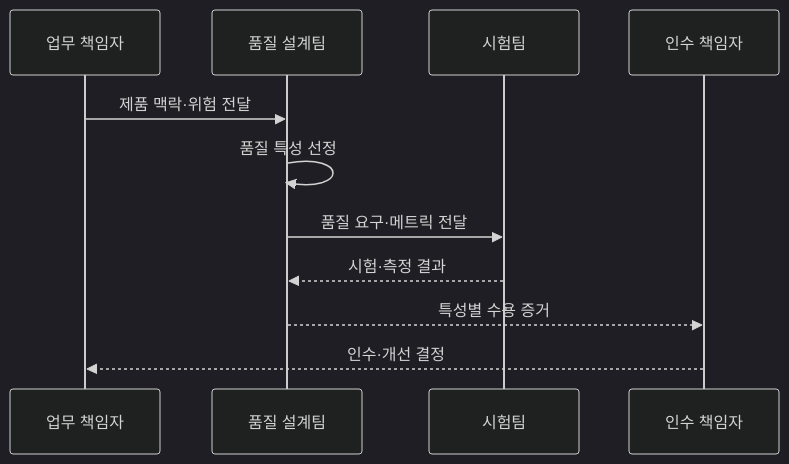
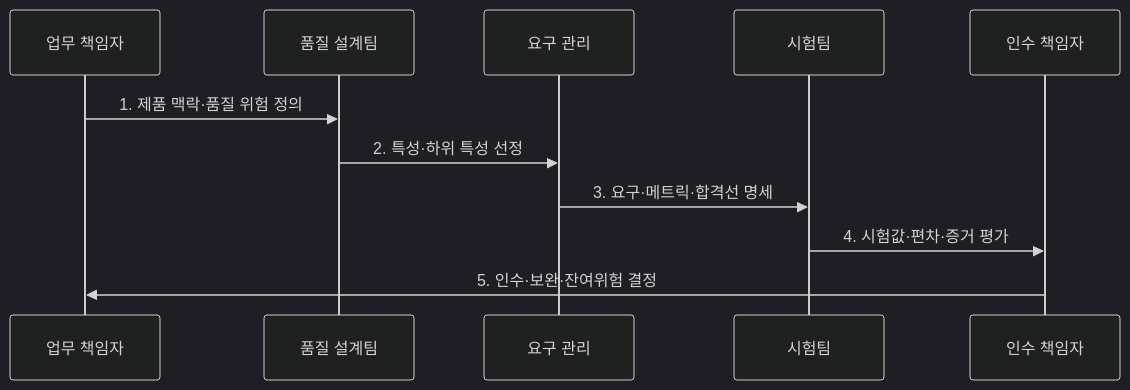
One commit to agnusdei1207/knowledge-base changed the second of 2 diagrams in src/content/docs/notes/06-evaluation/029_iso_25010.md. Above: the diagram before and after it, drawn with Mermaid (dark theme). The commit also changed other lines of this file and 6 other files, not shown here.

````diff
--- a/src/content/docs/notes/06-evaluation/029_iso_25010.md
+++ b/src/content/docs/notes/06-evaluation/029_iso_25010.md
@@ -88,13 +89,13 @@
 ```mermaid
 sequenceDiagram
-    participant B as 업무 책임자
-    participant Q as 품질 설계팀
-    participant T as 시험팀
-    participant A as 인수 책임자
-    B->>Q: 제품 맥락·위험 전달
-    Q->>Q: 품질 특성 선정
-    Q->>T: 품질 요구·메트릭 전달
-    T-->>Q: 시험·측정 결과
-    Q-->>A: 특성별 수용 증거
-    A-->>B: 인수·개선 결정
+  participant B as 업무 책임자
+  participant Q as 품질 설계팀
+  participant R as 요구 관리
+  participant T as 시험팀
+  participant A as 인수 책임자
+  B->>Q: 1. 제품 맥락·품질 위험 정의
+  Q->>R: 2. 특성·하위 특성 선정
+  R->>T: 3. 요구·메트릭·합격선 명세
+  T->>A: 4. 시험값·편차·증거 평가
+  A->>B: 5. 인수·보완·잔여위험 결정
 ```
````
